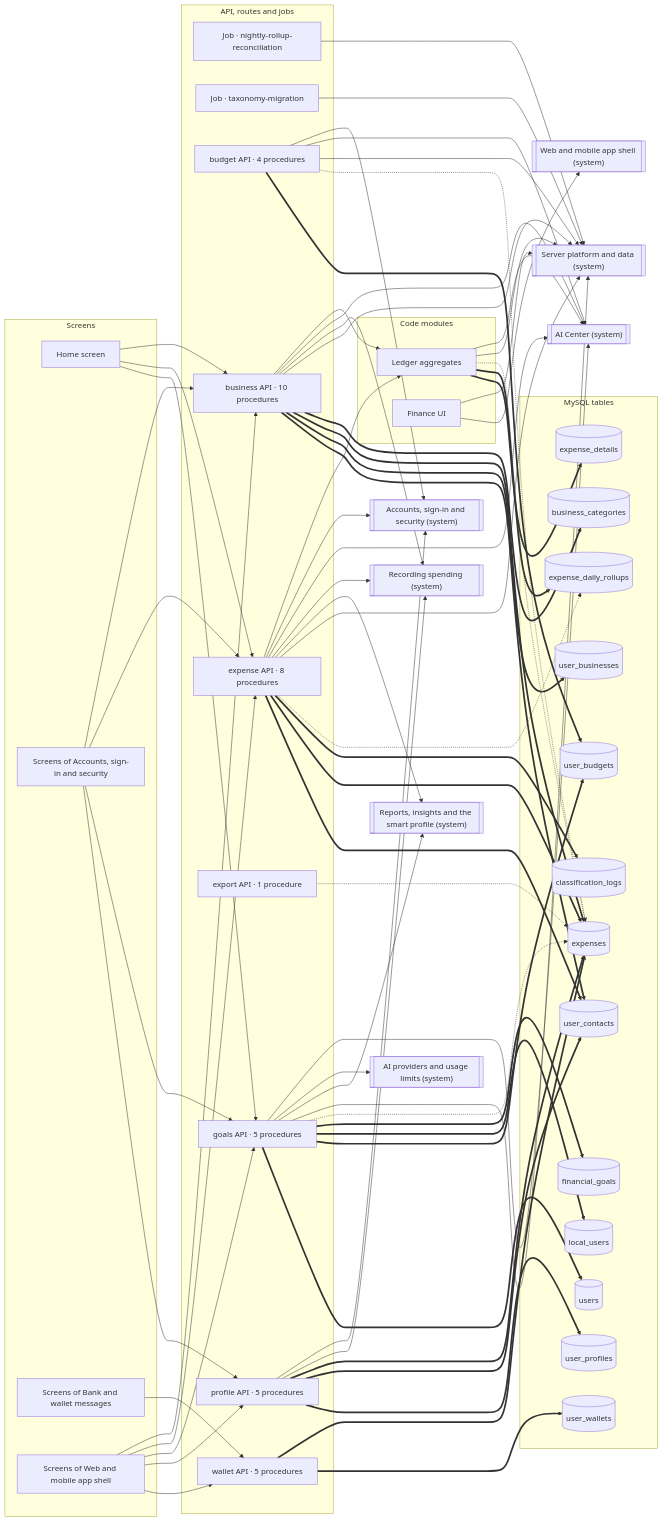
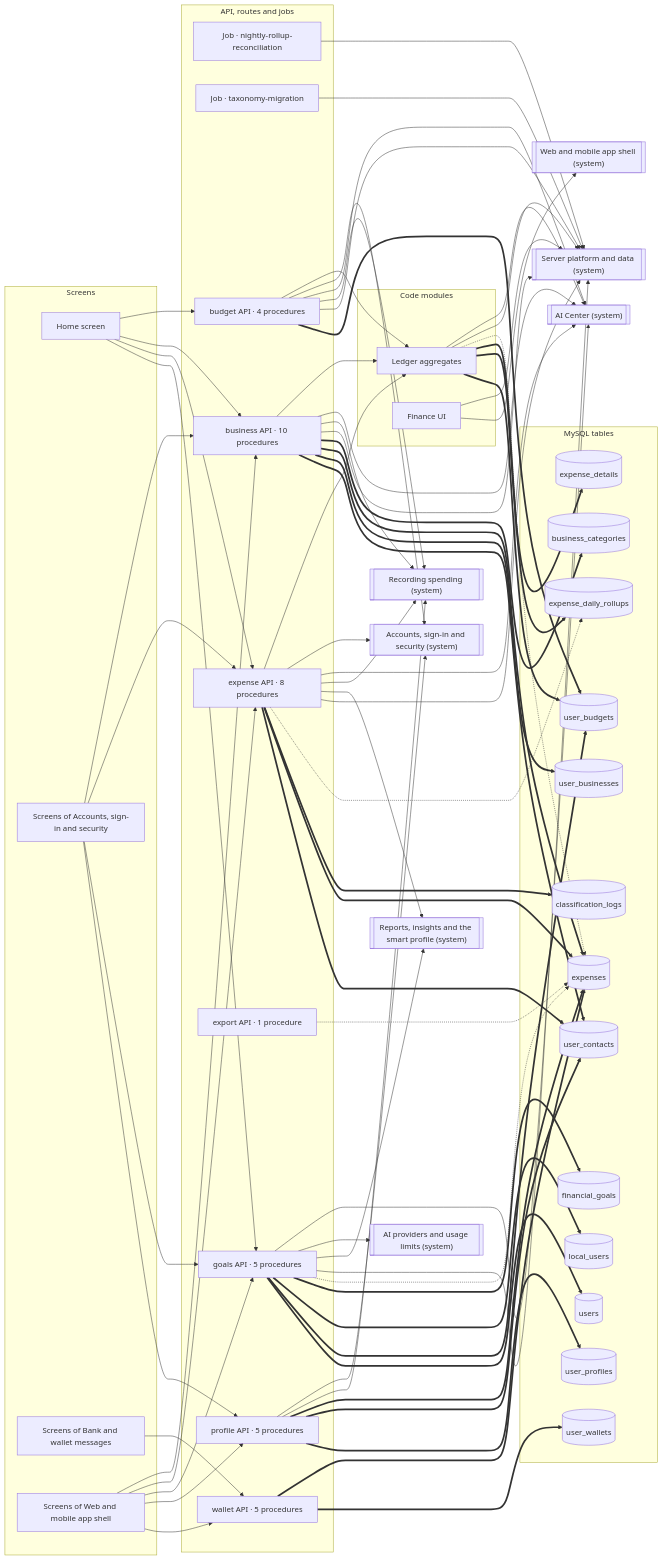
Before and after one commit to mahmoudtaherr111/smartspend_mini_all: the diagram in docs/atlas/systems/money.md, drawn with Mermaid. The commit also changed other lines of this file and 30 other files, not shown here.

First line of the commit message:
feat(budgets): a budgets screen, and alerts from the user's own budgets

```diff
--- a/docs/atlas/systems/money.md
+++ b/docs/atlas/systems/money.md
@@ -62,15 +62,18 @@
   mod_ledger -.-> tbl_expenses
   mod_ledger ==> tbl_expense_daily_rollups
   mod_ledger ==> tbl_expense_details
+  mod_ledger ==> tbl_user_budgets
   mod_web_finance --> sys_platform
   mod_web_finance --> sys_web_app
+  page_Home --> router_budget
   page_Home --> router_business
   page_Home --> router_expense
   page_Home --> router_goals
+  router_budget --> mod_ledger
   router_budget --> sys_accounts
   router_budget --> sys_ai_center
+  router_budget --> sys_expense_capture
   router_budget --> sys_platform
-  router_budget -.-> tbl_expenses
   router_budget ==> tbl_user_budgets
   router_business --> mod_ledger
   router_business --> sys_ai_center
```
